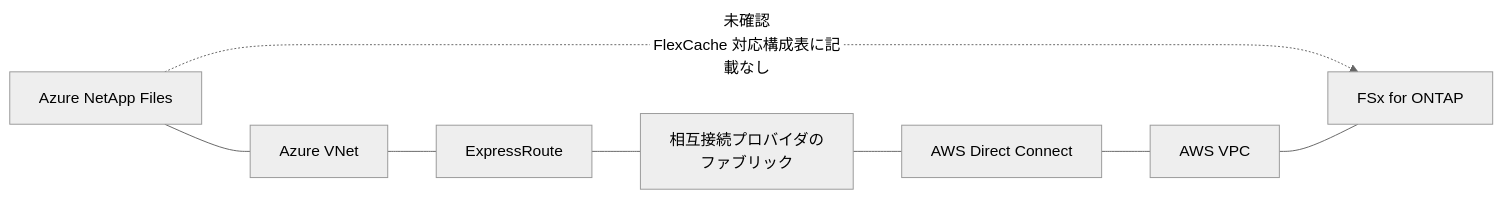
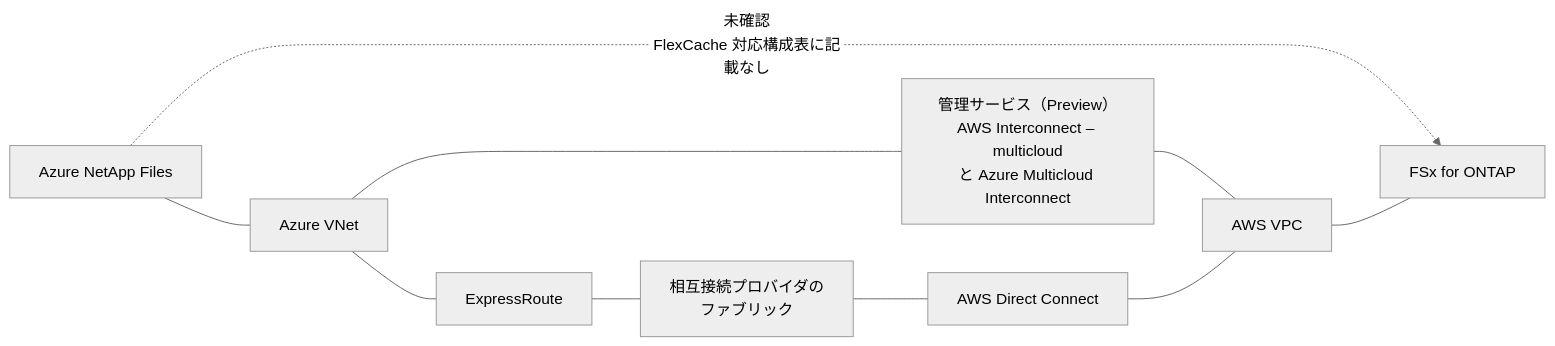
Before and after one commit to Yoshiki0705/S3-Burst-on-ONTAP-Files: the third of 4 diagrams in docs/ja/multi-cloud-connectivity.md, drawn with Mermaid (neutral theme). The commit also changed other lines of this file and 20 other files, not shown here.

````diff
--- a/docs/ja/multi-cloud-connectivity.md
+++ b/docs/ja/multi-cloud-connectivity.md
@@ -229,10 +270,12 @@
 ```mermaid
 flowchart LR
     ANF["Azure NetApp Files"] -. "未確認<br/>FlexCache 対応構成表に記載なし" .-> FSXN
     ANF --- VNET["Azure VNet"]
+    VNET --- IC["管理サービス（Preview）<br/>AWS Interconnect – multicloud<br/>と Azure Multicloud Interconnect"]
+    IC --- AWSVPC["AWS VPC"]
     VNET --- ER["ExpressRoute"]
     ER --- FAB["相互接続プロバイダの<br/>ファブリック"]
     FAB --- DX["AWS Direct Connect"]
-    DX --- AWSVPC["AWS VPC"]
+    DX --- AWSVPC
     AWSVPC --- FSXN["FSx for ONTAP"]
 ```
````
